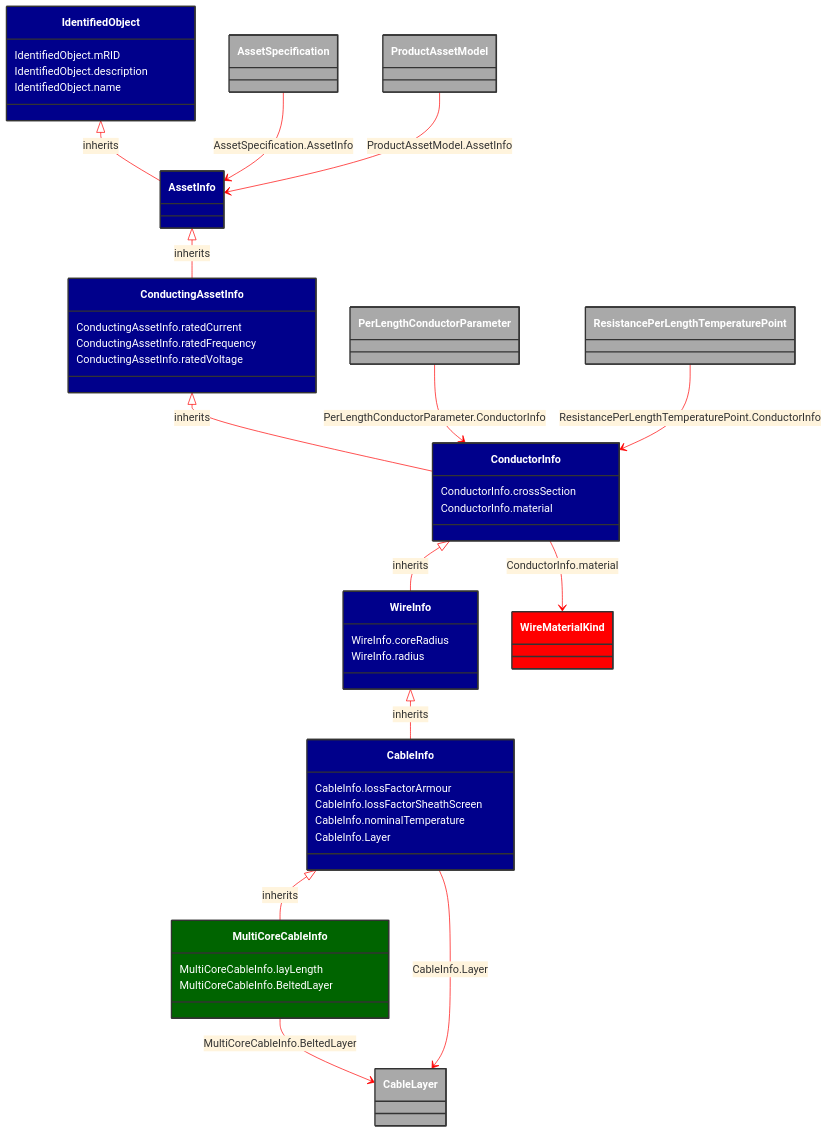
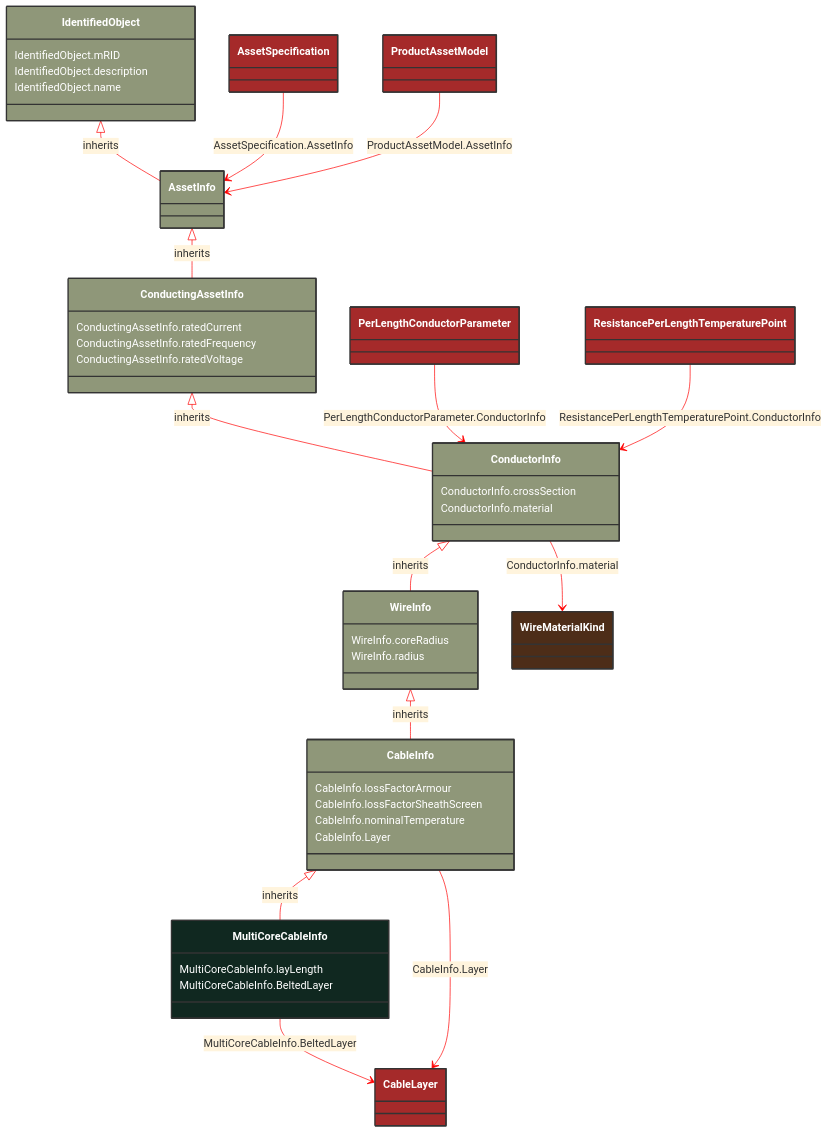
Before and after one commit to 3lbits/NoCIMExtensions: the diagram in docs/Models/Profiles/SubseaCableInfo/ConcreteClasses/MultiCoreCableInfo.md, drawn with Mermaid. The commit also changed 190 other files, not shown here.

```diff
--- a/docs/Models/Profiles/SubseaCableInfo/ConcreteClasses/MultiCoreCableInfo.md
+++ b/docs/Models/Profiles/SubseaCableInfo/ConcreteClasses/MultiCoreCableInfo.md
@@ -10,76 +10,72 @@
 classDiagram
     class MultiCoreCableInfo
     click MultiCoreCableInfo href "/Models/Profiles/SubseaCableInfo/ConcreteClasses/MultiCoreCableInfo/"
-    style MultiCoreCableInfo fill:#006400,stroke:#333,stroke-width:2px,rx:10,ry:10,color:white
-
+    style MultiCoreCableInfo fill:#102820,stroke:#333,stroke-width:2px,rx:10,ry:10,color:white
+     
         CableInfo <|-- MultiCoreCableInfo : inherits
             click CableInfo href "/Models/Profiles/SubseaCableInfo/ConcreteClasses/CableInfo/"
-            style CableInfo fill:#00008B,stroke:#333,stroke-width:2px,rx:10,ry:10,color:white
-
-        MultiCoreCableInfo
-            click MultiCoreCableInfo href "/Models/Profiles/SubseaCableInfo/ConcreteClasses/MultiCoreCableInfo/"
-            style CableInfo fill:#00008B,stroke:#333,stroke-width:2px,rx:10,ry:10,color:white
-
+            style CableInfo fill:#8F9779,stroke:#333,stroke-width:2px,rx:10,ry:10,color:white
+     
         WireInfo <|-- CableInfo : inherits
             click WireInfo href "/Models/Profiles/SubseaCableInfo/AbstractClasses/WireInfo/"
-            style WireInfo fill:#00008B,stroke:#333,stroke-width:2px,rx:10,ry:10,color:white
-
+            style WireInfo fill:#8F9779,stroke:#333,stroke-width:2px,rx:10,ry:10,color:white
+     
         ConductorInfo <|-- WireInfo : inherits
             click ConductorInfo href "/Models/Profiles/SubseaCableInfo/AbstractClasses/ConductorInfo/"
-            style ConductorInfo fill:#00008B,stroke:#333,stroke-width:2px,rx:10,ry:10,color:white
-
+            style ConductorInfo fill:#8F9779,stroke:#333,stroke-width:2px,rx:10,ry:10,color:white
+     
         ConductingAssetInfo <|-- ConductorInfo : inherits
             click ConductingAssetInfo href "/Models/Profiles/SubseaCableInfo/AbstractClasses/ConductingAssetInfo/"
-            style ConductingAssetInfo fill:#00008B,stroke:#333,stroke-width:2px,rx:10,ry:10,color:white
-
+            style ConductingAssetInfo fill:#8F9779,stroke:#333,stroke-width:2px,rx:10,ry:10,color:white
+     
         AssetInfo <|-- ConductingAssetInfo : inherits
             click AssetInfo href "/Models/Profiles/SubseaCableInfo/AbstractClasses/AssetInfo/"
-            style AssetInfo fill:#00008B,stroke:#333,stroke-width:2px,rx:10,ry:10,color:white
-
+            style AssetInfo fill:#8F9779,stroke:#333,stroke-width:2px,rx:10,ry:10,color:white
+     
         IdentifiedObject <|-- AssetInfo : inherits
             click IdentifiedObject href "/Models/Profiles/SubseaCableInfo/AbstractClasses/IdentifiedObject/"
-            style IdentifiedObject fill:#00008B,stroke:#333,stroke-width:2px,rx:10,ry:10,color:white
+            style IdentifiedObject fill:#8F9779,stroke:#333,stroke-width:2px,rx:10,ry:10,color:white
 
         MultiCoreCableInfo --> CableLayer : MultiCoreCableInfo.BeltedLayer
 
         CableLayer
             click CableLayer href "/Models/Profiles/SubseaCableInfo/AbstractClasses/CableLayer/"
-            style CableLayer fill:#A9A9A9,stroke:#333,stroke-width:2px,rx:10,ry:10,color:white
+            style CableLayer fill:#A52A2A,stroke:#333,stroke-width:2px,rx:10,ry:10,color:white
         CableInfo --> CableLayer : CableInfo.Layer
 
         CableLayer
             click CableLayer href "/Models/Profiles/SubseaCableInfo/AbstractClasses/CableLayer/"
-            style CableLayer fill:#A9A9A9,stroke:#333,stroke-width:2px,rx:10,ry:10,color:white
+            style CableLayer fill:#A52A2A,stroke:#333,stroke-width:2px,rx:10,ry:10,color:white
 
         AssetSpecification --> AssetInfo : AssetSpecification.AssetInfo
 
         AssetSpecification
             click AssetSpecification href "/Models/Profiles/SubseaCableInfo/ConcreteClasses/AssetSpecification/"
-            style AssetSpecification fill:#A9A9A9,stroke:#333,stroke-width:2px,rx:10,ry:10,color:white
+            style AssetSpecification fill:#A52A2A,stroke:#333,stroke-width:2px,rx:10,ry:10,color:white
 
         PerLengthConductorParameter --> ConductorInfo : PerLengthConductorParameter.ConductorInfo
 
         PerLengthConductorParameter
             click PerLengthConductorParameter href "/Models/Profiles/SubseaCableInfo/AbstractClasses/PerLengthConductorParameter/"
-            style PerLengthConductorParameter fill:#A9A9A9,stroke:#333,stroke-width:2px,rx:10,ry:10,color:white
+            style PerLengthConductorParameter fill:#A52A2A,stroke:#333,stroke-width:2px,rx:10,ry:10,color:white
 
         ProductAssetModel --> AssetInfo : ProductAssetModel.AssetInfo
 
         ProductAssetModel
             click ProductAssetModel href "/Models/Profiles/SubseaCableInfo/ConcreteClasses/ProductAssetModel/"
-            style ProductAssetModel fill:#A9A9A9,stroke:#333,stroke-width:2px,rx:10,ry:10,color:white
+            style ProductAssetModel fill:#A52A2A,stroke:#333,stroke-width:2px,rx:10,ry:10,color:white
 
         ResistancePerLengthTemperaturePoint --> ConductorInfo : ResistancePerLengthTemperaturePoint.ConductorInfo
 
         ResistancePerLengthTemperaturePoint
             click ResistancePerLengthTemperaturePoint href "/Models/Profiles/SubseaCableInfo/ConcreteClasses/ResistancePerLengthTemperaturePoint/"
-            style ResistancePerLengthTemperaturePoint fill:#A9A9A9,stroke:#333,stroke-width:2px,rx:10,ry:10,color:white
+            style ResistancePerLengthTemperaturePoint fill:#A52A2A,stroke:#333,stroke-width:2px,rx:10,ry:10,color:white
 
         ConductorInfo --> WireMaterialKind : ConductorInfo.material
 
         WireMaterialKind
             click WireMaterialKind href "/Models/Profiles/SubseaCableInfo/Enumerations/WireMaterialKind/"
-            style WireMaterialKind fill:#FF0000,stroke:#333,stroke-width:2px,rx:10,ry:10,color:white
+            style WireMaterialKind fill:#4D2D18,stroke:#333,stroke-width:2px,rx:10,ry:10,color:white
 
         MultiCoreCableInfo : MultiCoreCableInfo.layLength
         MultiCoreCableInfo : MultiCoreCableInfo.BeltedLayer
```
